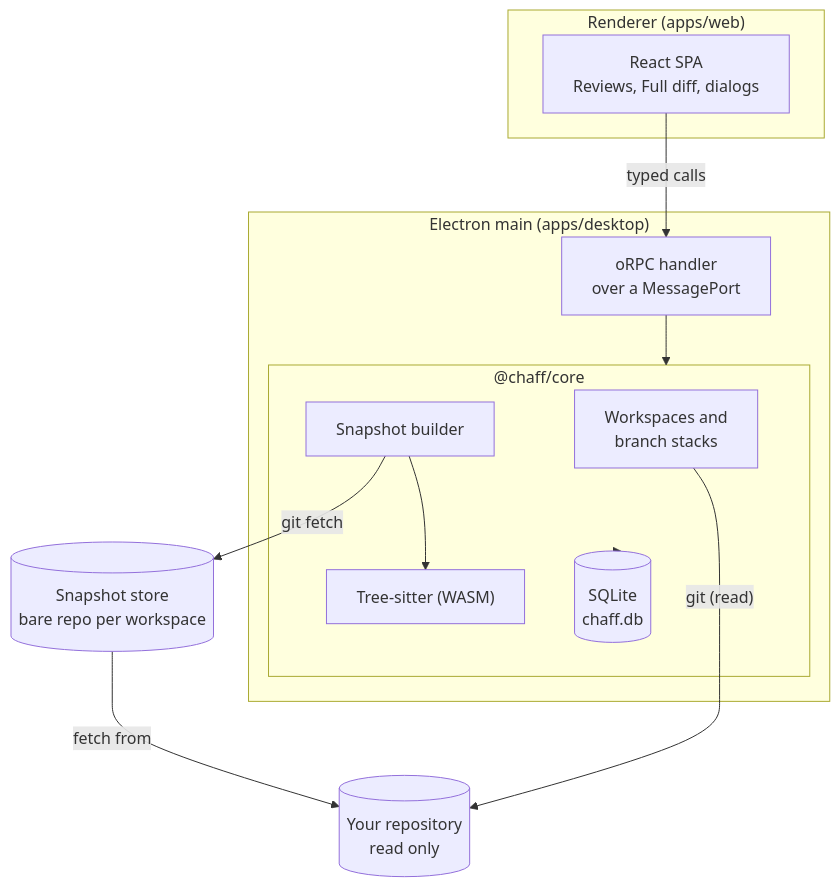
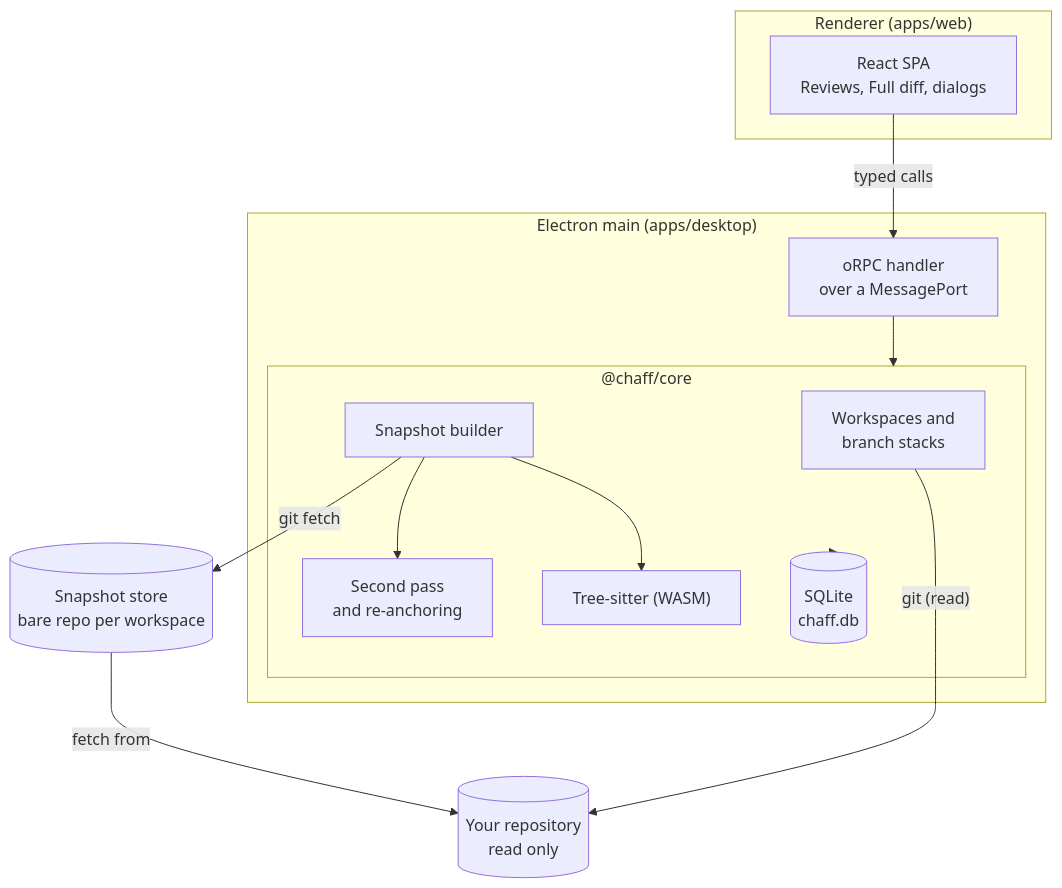
The diagram in docs/how-it-works.md (CatOfJupit3r/chaff), drawn with Mermaid before and after one commit. The commit also changed other lines of this file and 7 other files, not shown here.

First line of the commit message:
docs: second pass and Verify in the README and how it works

````diff
--- a/docs/how-it-works.md
+++ b/docs/how-it-works.md
@@ -7,24 +7,26 @@
 ```mermaid
 flowchart TB
   subgraph Renderer["Renderer (apps/web)"]
     UI["React SPA<br/>Reviews, Full diff, dialogs"]
   end
   subgraph Main["Electron main (apps/desktop)"]
     Bridge["oRPC handler<br/>over a MessagePort"]
     subgraph Core["@chaff/core"]
       WS["Workspaces and<br/>branch stacks"]
       SB["Snapshot builder"]
+      SP["Second pass<br/>and re-anchoring"]
       TS["Tree-sitter (WASM)"]
       DB[("SQLite<br/>chaff.db")]
     end
   end
   Repo[("Your repository<br/>read only")]
   Store[("Snapshot store<br/>bare repo per workspace")]
 
   UI -- "typed calls" --> Bridge --> Core
   WS -- "git (read)" --> Repo
   SB -- "git fetch" --> Store
   Store -- "fetch from" --> Repo
   SB --> TS
+  SB --> SP
   Core --> DB
 ```
````
